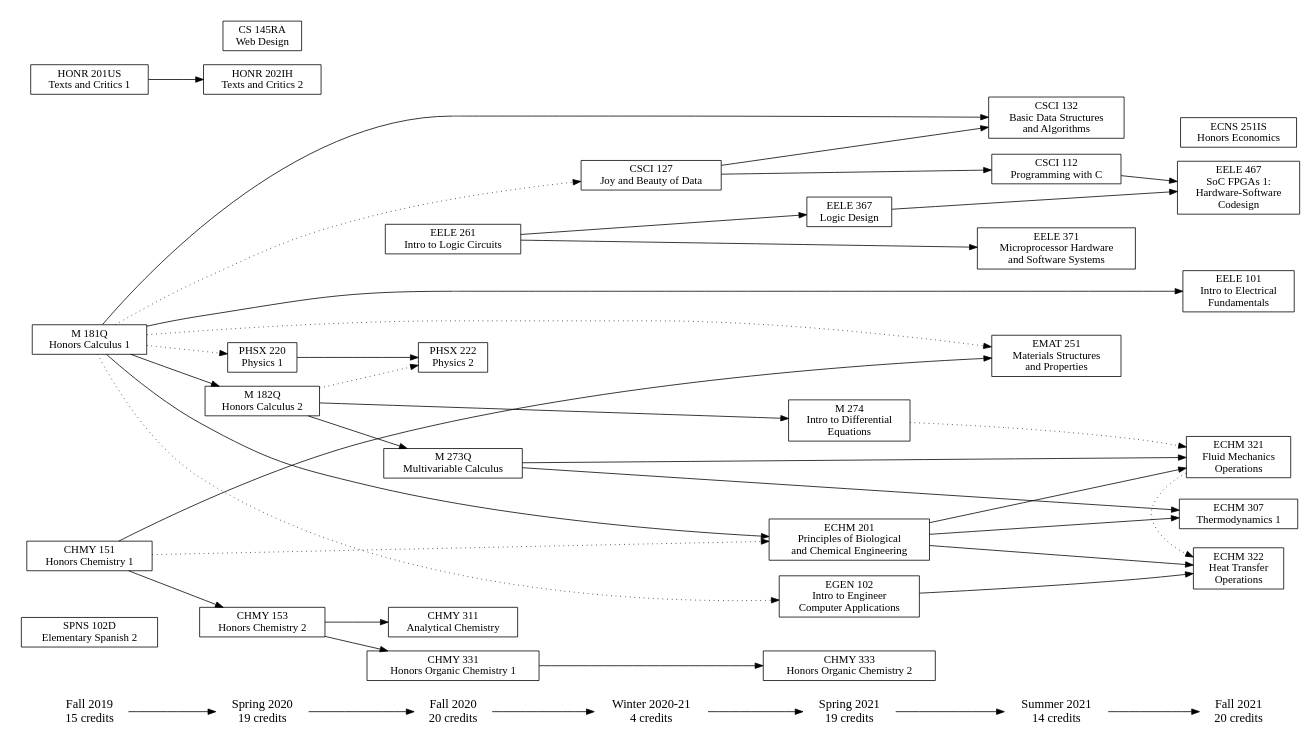
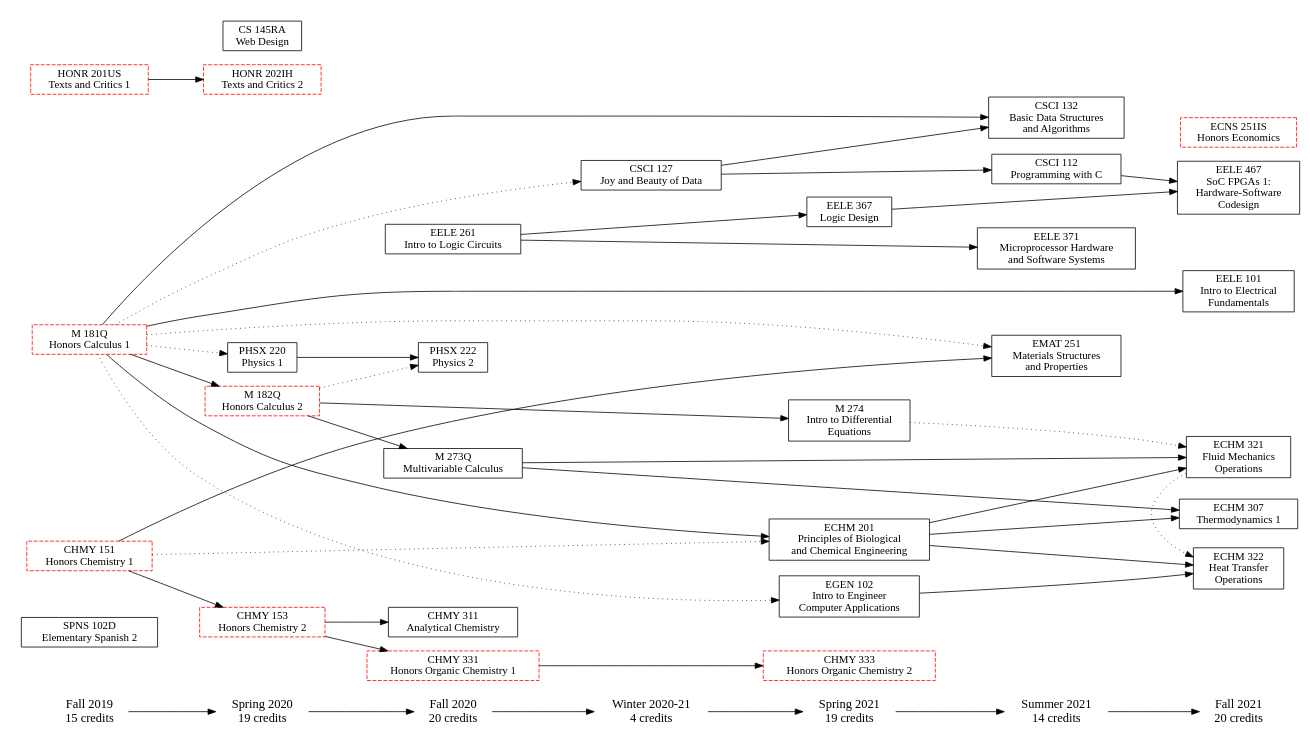
The diagram in graph.gv (w-culhane/courses-flowchart), drawn with Graphviz before and after one commit.

Commit message:
Mark honors classes

```diff
--- a/graph.gv
+++ b/graph.gv
@@ -1,103 +1,125 @@
 digraph courses {
     ranksep=.75; size = "7.5,7.5"; rankdir=LR;
 
-    {node [shape=plaintext, fontsize=16];
+    {node [shape=plaintext,fontsize=16];
 	"Fall 2019" -> "Spring 2020" -> "Fall 2020" -> "Winter 2020-21"
 	-> "Spring 2021" -> "Summer 2021" -> "Fall 2021";
     }
 
     "Fall 2019" [label="\N\n15 credits"]
     "Spring 2020" [label="\N\n19 credits"]
     "Fall 2020" [label="\N\n20 credits"]
     "Winter 2020-21" [label="\N\n4 credits"]
     "Spring 2021" [label="\N\n19 credits"]
     "Summer 2021" [label="\N\n14 credits"]
     "Fall 2021" [label="\N\n20 credits"]
 
     {node [shape=box];
 	{ rank = same; "Fall 2019"; "SPNS 102D"; "M 181Q"; "HONR 201US"; "CHMY 151"; }
 	{ rank = same; "Spring 2020"; "PHSX 220"; "M 182Q"; "HONR 202IH"; "CS 145RA"; "CHMY 153"; }
 	{ rank = same; "Fall 2020"; "PHSX 222"; "M 273Q"; "EELE 261"; "CHMY 331"; "CHMY 311"; }
 	{ rank = same; "Winter 2020-21"; "CSCI 127"; }
 	{ rank = same; "Spring 2021"; "M 274"; "EGEN 102"; "EELE 367"; "ECHM 201"; "CHMY 333"; }
 	{ rank = same; "Summer 2021"; "EMAT 251"; "EELE 371"; "CSCI 132"; "CSCI 112"; }
 	{ rank = same; "Fall 2021"; "EELE 467"; "EELE 101"; "ECNS 251IS"; "ECHM 322"; "ECHM 321"; "ECHM 307"; }
     }
 
+    // Honors classes
+    "CHMY 151"   [color=red,style=dashed]
+    "CHMY 153"   [color=red,style=dashed]
+    "CHMY 331"   [color=red,style=dashed]
+    "CHMY 333"   [color=red,style=dashed]
+    "HONR 201US" [color=red,style=dashed]
+    "HONR 202IH" [color=red,style=dashed]
+    "M 181Q"     [color=red,style=dashed]
+    "M 182Q"     [color=red,style=dashed]
+    "ECNS 251IS" [color=red,style=dashed]
+
+    // Course labels
+
+    // Fall 2019
     "CHMY 151"   [label="\N\nHonors Chemistry 1"]
     "HONR 201US" [label="\N\nTexts and Critics 1"]
     "M 181Q"     [label="\N\nHonors Calculus 1"]
     "SPNS 102D"  [label="\N\nElementary Spanish 2"]
 
+    // Spring 2020
     "CHMY 153"   [label="\N\nHonors Chemistry 2"]
     "CS 145RA"   [label="\N\nWeb Design"]
     "HONR 202IH" [label="\N\nTexts and Critics 2"]
     "M 182Q"     [label="\N\nHonors Calculus 2"]
     "PHSX 220"   [label="\N\nPhysics 1"]
 
+    // Fall 2020
     "CHMY 311"   [label="\N\nAnalytical Chemistry"]
     "CHMY 331"   [label="\N\nHonors Organic Chemistry 1"]
     "EELE 261"   [label="\N\nIntro to Logic Circuits"]
     "M 273Q"     [label="\N\nMultivariable Calculus"]
     "PHSX 222"   [label="\N\nPhysics 2"]
 
+    // Winter 2020-21
     "CSCI 127"   [label="\N\nJoy and Beauty of Data"]
 
+    // Spring 2021
     "CHMY 333"  [label="\N\nHonors Organic Chemistry 2"]
     "ECHM 201"  [label="\N\nPrinciples of Biological\nand Chemical Engineering"]
     "EELE 367"  [label="\N\nLogic Design"]
     "EGEN 102"  [label="\N\nIntro to Engineer\nComputer Applications"]
     "M 274"     [label="\N\nIntro to Differential\nEquations"]
 
+    // Summer 2021
     "CSCI 112" [label="\N\nProgramming with C"]
     "CSCI 132" [label="\N\nBasic Data Structures\nand Algorithms"]
     "EELE 371" [label="\N\nMicroprocessor Hardware\nand Software Systems"]
     "EMAT 251" [label="\N\nMaterials Structures\nand Properties"]
 
+    // Fall 2021
     "ECHM 307" [label="\N\nThermodynamics 1"]
     "ECHM 321" [label="\N\nFluid Mechanics\nOperations"]
     "ECHM 322" [label="\N\nHeat Transfer\nOperations"]
     "ECNS 251IS" [label="\N\nHonors Economics"]
     "EELE 101" [label="\N\nIntro to Electrical\nFundamentals"]
     "EELE 467" [label="\N\nSoC FPGAs 1:\nHardware-Software\nCodesign"]
+
+    // Course pre- & co- requisites
 
     // Spring 2020
     "CHMY 151" -> "CHMY 153";
     "HONR 201US" -> "HONR 202IH";
     "M 181Q" -> "M 182Q";
     "M 181Q" -> "PHSX 220" [style=dotted];
 
     // Fall 2020
     "CHMY 153" -> { "CHMY 311" "CHMY 331" };
     "M 182Q" -> "M 273Q";
     "M 182Q" -> "PHSX 222" [style=dotted];
     "PHSX 220" -> "PHSX 222";
 
     // Winter 2020-21
     "M 181Q" -> "CSCI 127" [style=dotted];
 
     // Spring 2021
     "CHMY 151" -> "ECHM 201" [style=dotted];
     "CHMY 331" -> "CHMY 333";
     "EELE 261" -> "EELE 367";
     "M 181Q" -> "ECHM 201";
     "M 181Q" -> "EGEN 102" [style=dotted];
     "M 182Q" -> "M 274";
 
     // Summer 2021
     "CHMY 151" -> "EMAT 251";
     "CSCI 127" -> { "CSCI 112" "CSCI 132" };
     "EELE 261" -> "EELE 371";
     "M 181Q" -> "CSCI 132";
     "M 181Q" -> "EMAT 251" [style=dotted];
 
     // Fall 2021
     "CSCI 112" -> "EELE 467";
     "ECHM 201" -> { "ECHM 307" "ECHM 321" "ECHM 322" };
     "ECHM 321" -> "ECHM 322" [style=dotted];
     "EELE 367" -> "EELE 467";
     "EGEN 102" -> "ECHM 322";
     "M 181Q" -> "EELE 101";
     "M 273Q" -> { "ECHM 307" "ECHM 321" };
     "M 274" -> "ECHM 321" [style=dotted];
 }
```
